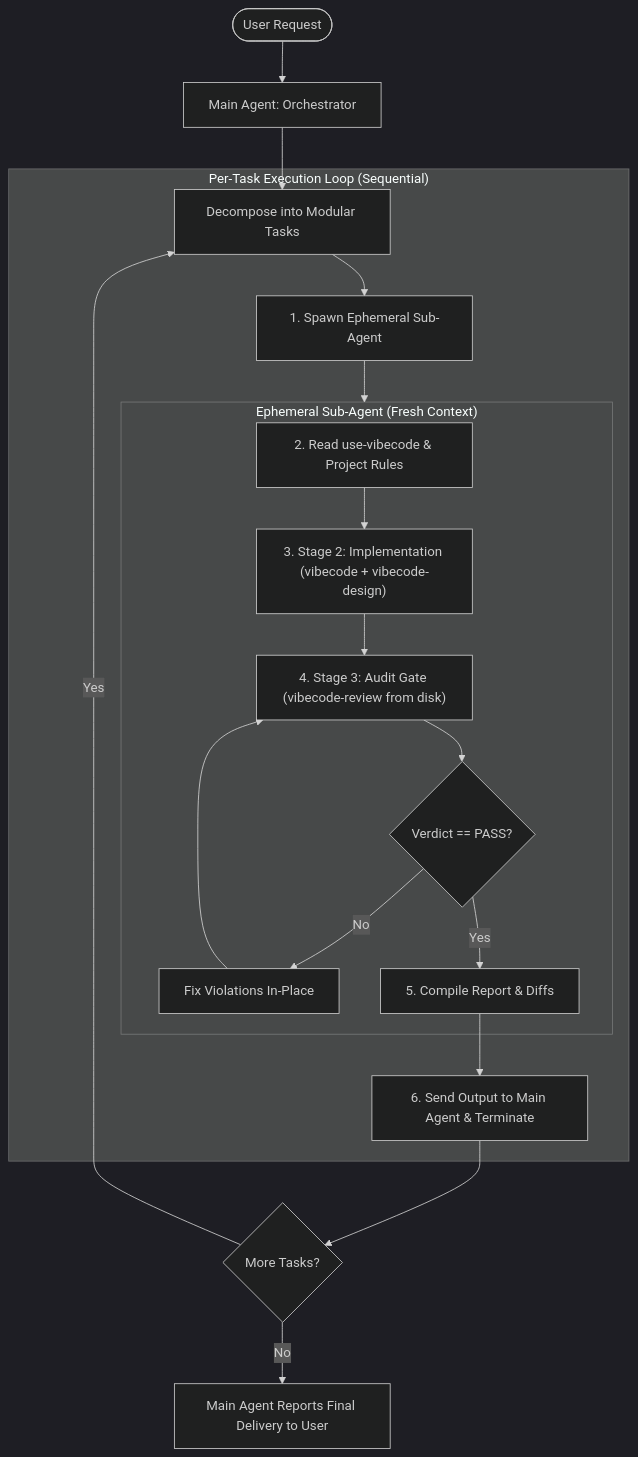
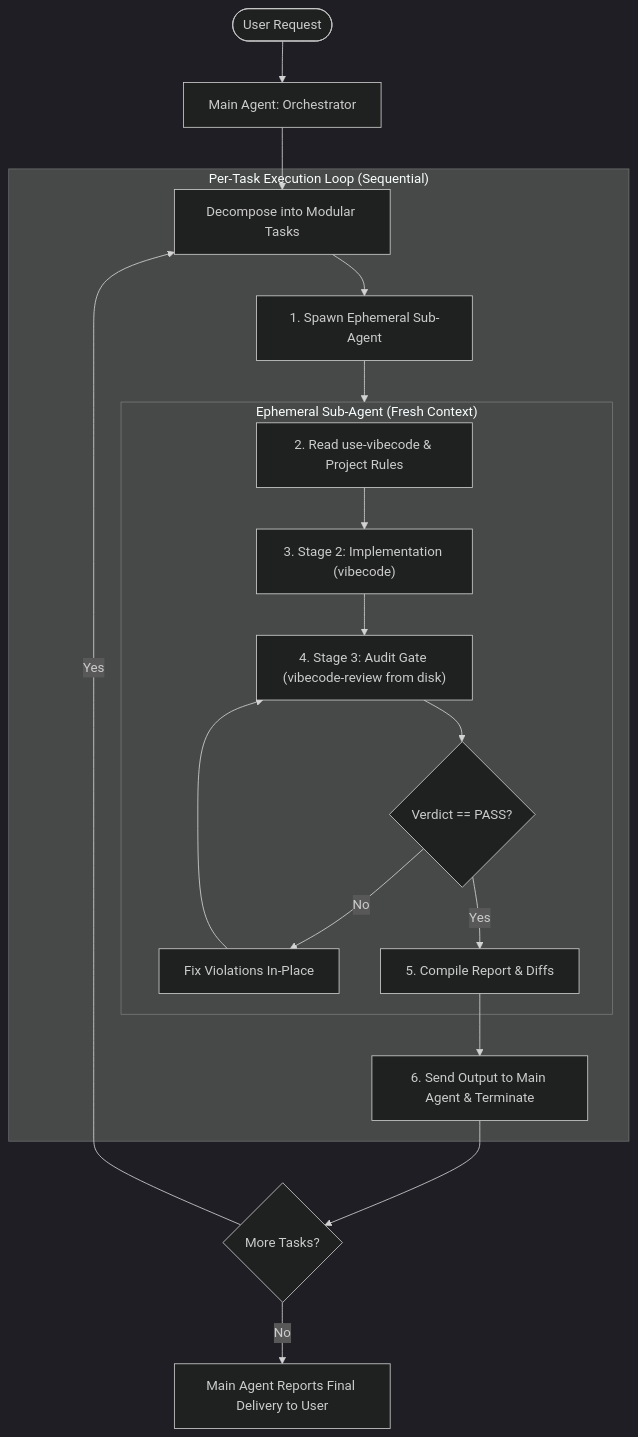
The diagram in .agents/skills/vibecode-workflow/SKILL.md (lysari/vibecode-skills), drawn with Mermaid (dark theme) before and after one commit. The commit also changed other lines of this file and 11 other files, not shown here.

````diff
--- a/.agents/skills/vibecode-workflow/SKILL.md
+++ b/.agents/skills/vibecode-workflow/SKILL.md
@@ -16,24 +16,24 @@
 ```mermaid
 flowchart TD
     User([User Request]) --> Main[Main Agent: Orchestrator]
     Main --> Plan[Decompose into Modular Tasks]
 
     subgraph TaskLoop ["Per-Task Execution Loop (Sequential)"]
         Plan --> Spawn["1. Spawn Ephemeral Sub-Agent"]
         
         subgraph SubAgent ["Ephemeral Sub-Agent (Fresh Context)"]
-            Init["2. Read use-vibecode & Project Rules"] --> Impl["3. Stage 2: Implementation (vibecode + vibecode-design)"]
+            Init["2. Read use-vibecode & Project Rules"] --> Impl["3. Stage 2: Implementation (vibecode)"]
             Impl --> Audit["4. Stage 3: Audit Gate (vibecode-review from disk)"]
             Audit --> Fix{"Verdict == PASS?"}
             Fix -- No --> Remediate["Fix Violations In-Place"] --> Audit
             Fix -- Yes --> Report["5. Compile Report & Diffs"]
         end
 
         Spawn --> SubAgent
         Report --> Return["6. Send Output to Main Agent & Terminate"]
     end
 
     Return --> Validate{"More Tasks?"}
     Validate -- Yes --> Plan
     Validate -- No --> Complete["Main Agent Reports Final Delivery to User"]
 ```
````
